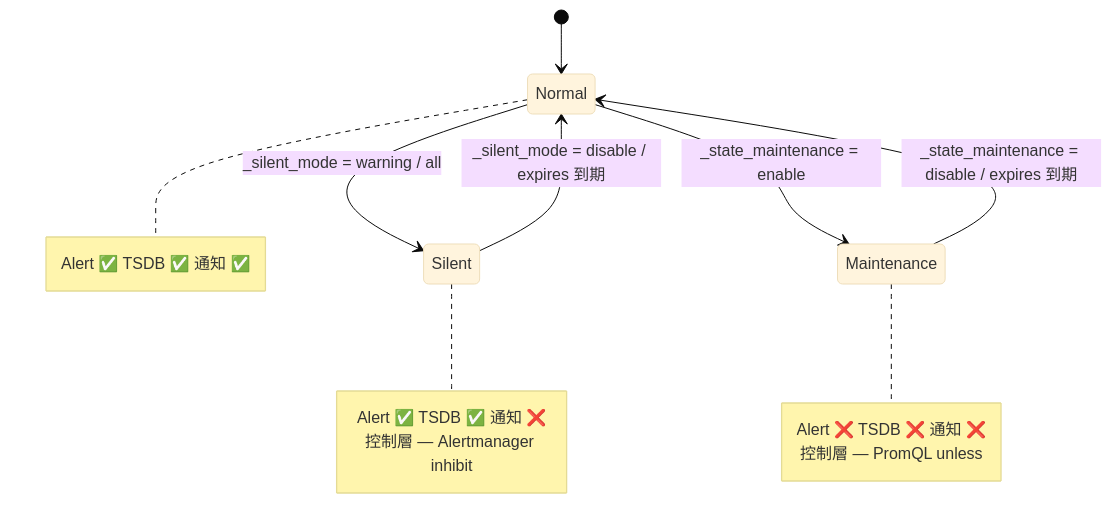
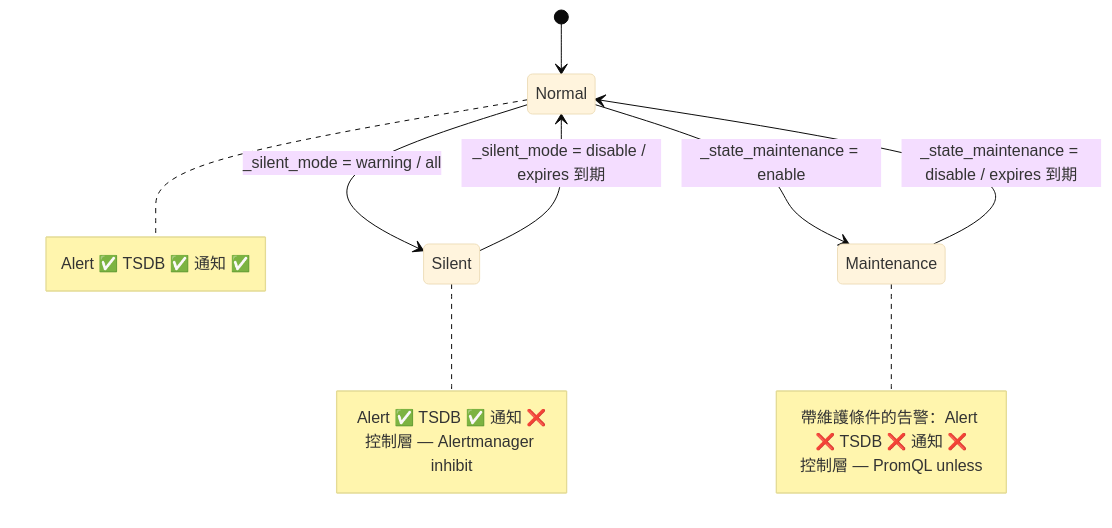
One commit to vencil/Dynamic-Alerting-Integrations changed the second of 3 diagrams in docs/design/config-driven.md. Above: the diagram before and after it, drawn with Mermaid (base theme). The commit also changed other lines of this file and 13 other files, not shown here.

````diff
--- a/docs/design/config-driven.md
+++ b/docs/design/config-driven.md
@@ -460,20 +463,20 @@
 ```mermaid
 stateDiagram-v2
     [*] --> Normal
     Normal --> Silent : _silent_mode = warning / all
     Normal --> Maintenance : _state_maintenance = enable
     Silent --> Normal : _silent_mode = disable / expires 到期
     Maintenance --> Normal : _state_maintenance = disable / expires 到期
 
     note right of Normal
         Alert ✅ TSDB ✅ 通知 ✅
     end note
     note right of Silent
         Alert ✅ TSDB ✅ 通知 ❌
         控制層 — Alertmanager inhibit
     end note
     note right of Maintenance
-        Alert ❌ TSDB ❌ 通知 ❌
+        帶維護條件的告警：Alert ❌ TSDB ❌ 通知 ❌
         控制層 — PromQL unless
     end note
 ```
````
